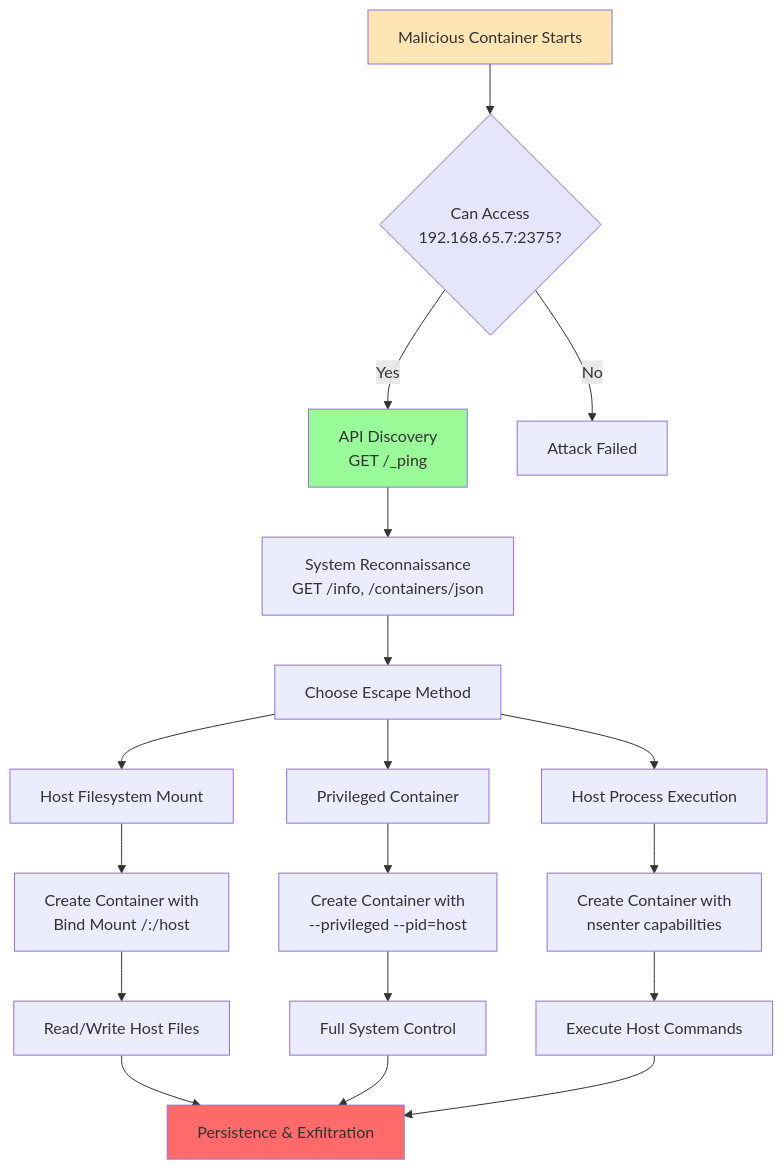
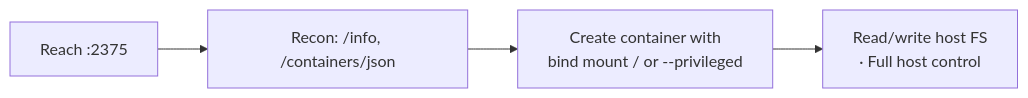
The second of 2 diagrams in _posts/2025-09-01-docker-escape-ssrf.md (MindPatch/mindpatch.github.io), drawn with Mermaid before and after one commit. The commit also changed other lines of this file, not shown here.

````diff
--- a/_posts/2025-09-01-docker-escape-ssrf.md
+++ b/_posts/2025-09-01-docker-escape-ssrf.md
@@ -258,30 +67,6 @@
 ```mermaid
-flowchart TD
-    A[Malicious Container Starts] --> B{Can Access<br/>192.168.65.7:2375?}
-    B -->|Yes| C[API Discovery<br/>GET /_ping]
-    B -->|No| Z[Attack Failed]
-
-    C --> D[System Reconnaissance<br/>GET /info, /containers/json]
-    D --> E[Choose Escape Method]
-
-    E --> F[Host Filesystem Mount]
-    E --> G[Privileged Container]
-    E --> H[Host Process Execution]
-
-    F --> I[Create Container with<br/>Bind Mount /:/host]
-    G --> J[Create Container with<br/>--privileged --pid=host]
-    H --> K[Create Container with<br/>nsenter capabilities]
-
-    I --> L[Read/Write Host Files]
-    J --> M[Full System Control]
-    K --> N[Execute Host Commands]
-
-    L --> O[Persistence & Exfiltration]
-    M --> O
-    N --> O
-
-    style A fill:#FFE5B4
-    style B fill:#E6E6FA
-    style C fill:#98FB98
-    style O fill:#FF6B6B
+flowchart LR
+    A[Reach :2375] --> B[Recon: /info, /containers/json]
+    B --> C[Create container with<br/>bind mount / or --privileged]
+    C --> D[Read/write host FS<br/>· Full host control]
 ```
````
